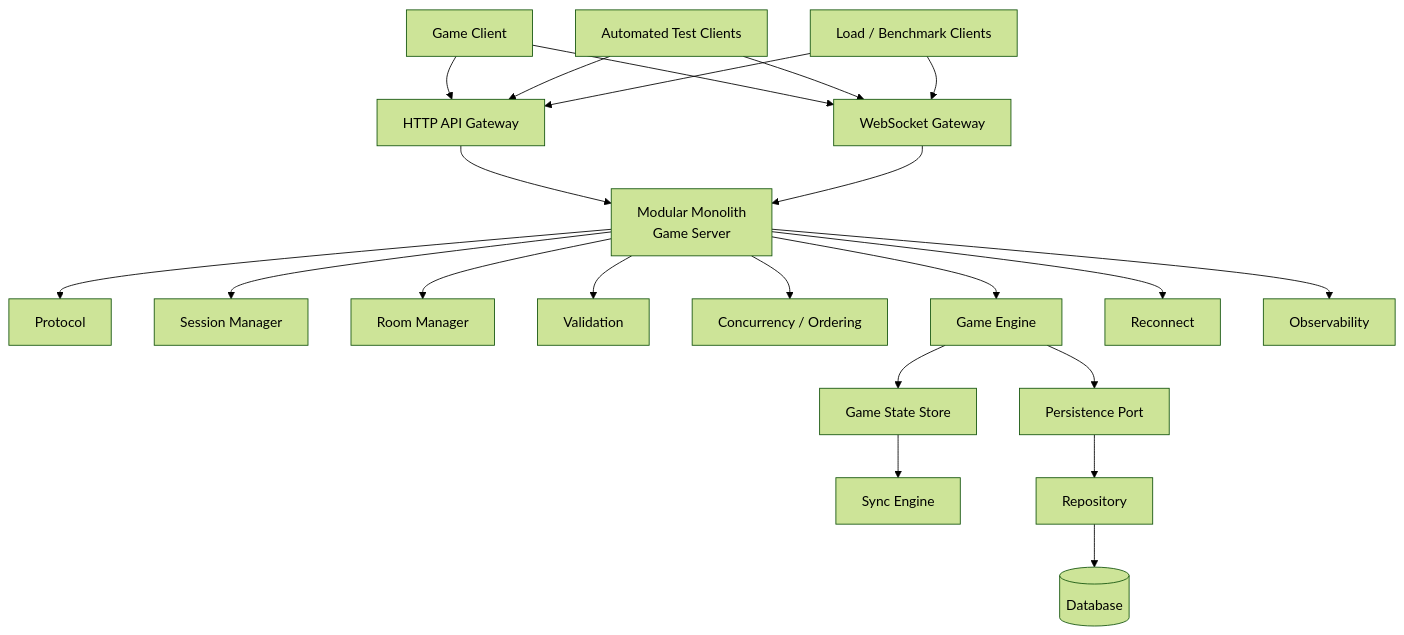
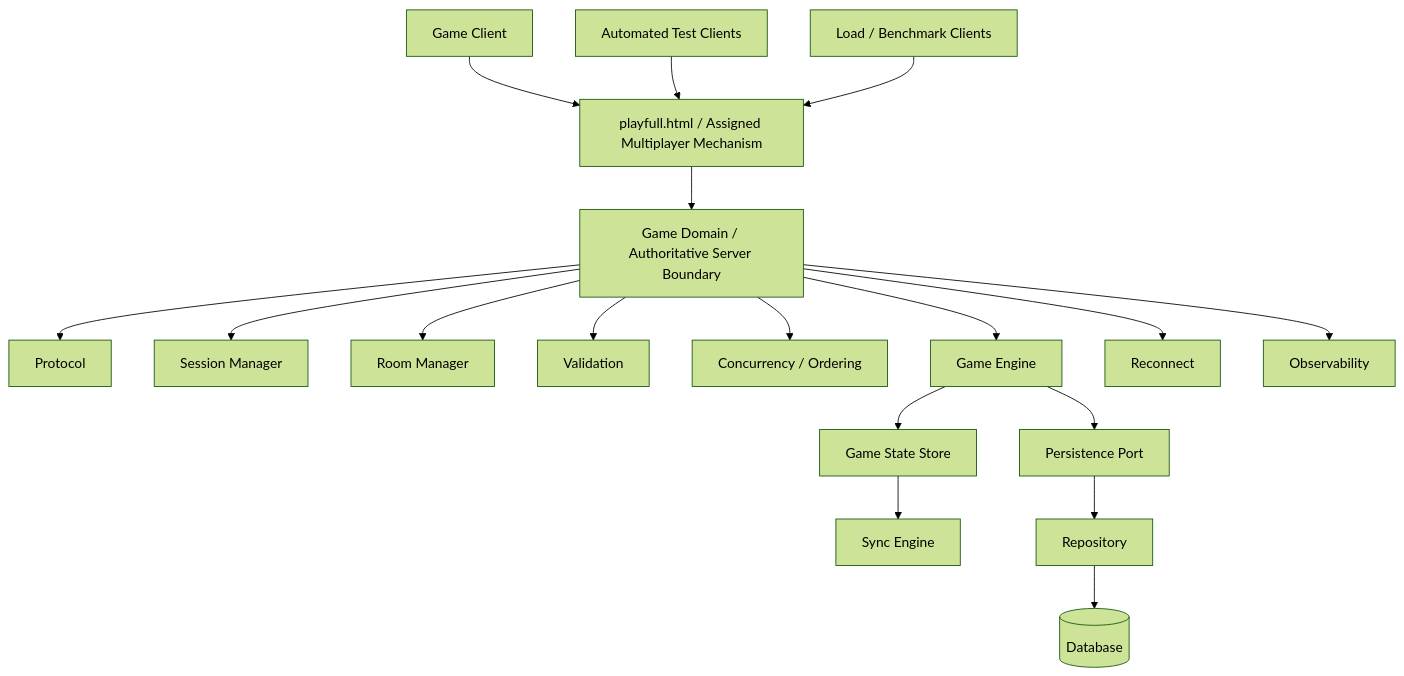
Before and after one commit to Sonsiunhan/BT01: the first of 7 diagrams in docs/02_ARCHITECTURE.md, drawn with Mermaid (forest theme). The commit also changed other lines of this file and 1 other file, not shown here.

````diff
--- a/docs/02_ARCHITECTURE.md
+++ b/docs/02_ARCHITECTURE.md
@@ -188,54 +190,47 @@
 ```mermaid
 flowchart TB
     Client["Game Client"]
 
-    HTTP["HTTP API Gateway"]
-    WS["WebSocket Gateway"]
+    MP["playfull.html / Assigned Multiplayer Mechanism"]
 
-    Server["Modular Monolith<br/>Game Server"]
+    Server["Game Domain / Authoritative Server Boundary"]
 
     Protocol["Protocol"]
     Session["Session Manager"]
     Room["Room Manager"]
     Validation["Validation"]
     Concurrency["Concurrency / Ordering"]
     Game["Game Engine"]
     State["Game State Store"]
     Sync["Sync Engine"]
     Reconnect["Reconnect"]
     Observability["Observability"]
     Persistence["Persistence Port"]
     Repository["Repository"]
 
     DB[("Database")]
 
     Tests["Automated Test Clients"]
     Load["Load / Benchmark Clients"]
 
-    Client --> HTTP
-    Client --> WS
-
-    HTTP --> Server
-    WS --> Server
+    Client --> MP
+    MP --> Server
 
     Server --> Protocol
     Server --> Session
     Server --> Room
     Server --> Validation
     Server --> Concurrency
     Server --> Game
     Game --> State
     State --> Sync
     Server --> Reconnect
     Server --> Observability
 
     Game --> Persistence
     Persistence --> Repository
     Repository --> DB
 
-    Tests --> HTTP
-    Tests --> WS
-
-    Load --> HTTP
-    Load --> WS
+    Tests --> MP
+    Load --> MP
 ```
````
